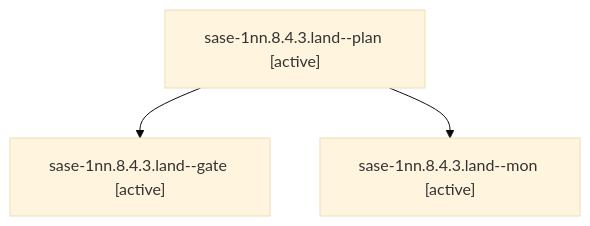
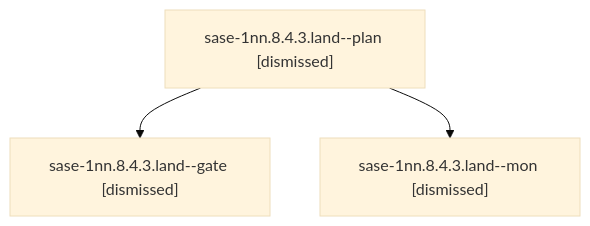
Before and after one commit to sase-org/sase--agents: the diagram in sessions/bbugyi200.athena.sase-1nn.8.4.3.land.md, drawn with Mermaid (base theme). The commit also changed other lines of this file and 188 other files, not shown here.

````diff
--- a/sessions/bbugyi200.athena.sase-1nn.8.4.3.land.md
+++ b/sessions/bbugyi200.athena.sase-1nn.8.4.3.land.md
@@ -9,8 +9,8 @@
 ```mermaid
 flowchart TD
-  n0["sase-1nn.8.4.3.land--plan [active]"]
-  n1["sase-1nn.8.4.3.land--gate [active]"]
+  n0["sase-1nn.8.4.3.land--plan [dismissed]"]
+  n1["sase-1nn.8.4.3.land--gate [dismissed]"]
   n0 --> n1
-  n2["sase-1nn.8.4.3.land--mon [active]"]
+  n2["sase-1nn.8.4.3.land--mon [dismissed]"]
   n0 --> n2
 ```
````
